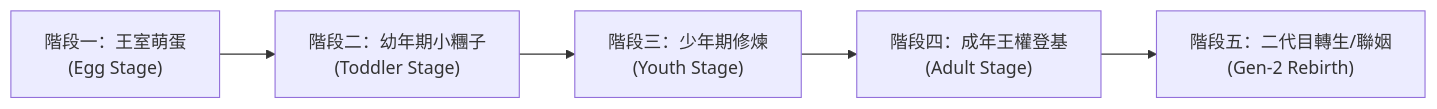
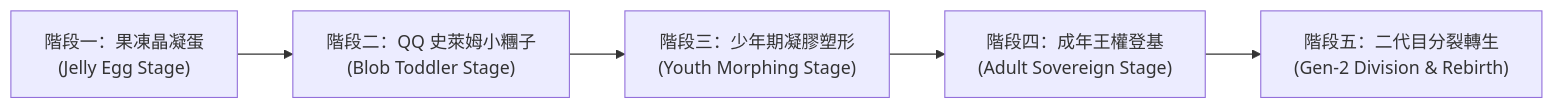
One commit to yazelin/larch-prince-hime changed the first of 2 diagrams in docs/01-game-concept.md. Above: the diagram before and after it, drawn with Mermaid. The commit also changed other lines of this file and 2 other files, not shown here.

````diff
--- a/docs/01-game-concept.md
+++ b/docs/01-game-concept.md
@@ -17,7 +17,7 @@
 ```mermaid
 flowchart LR
-    Egg["階段一：王室萌蛋<br/>(Egg Stage)"] --> Chibi["階段二：幼年期小糰子<br/>(Toddler Stage)"]
-    Chibi --> Teen["階段三：少年期修煉<br/>(Youth Stage)"]
-    Teen --> Adult["階段四：成年王權登基<br/>(Adult Stage)"]
-    Adult --> NextGen["階段五：二代目轉生/聯姻<br/>(Gen-2 Rebirth)"]
+    Egg["階段一：果凍晶凝蛋<br/>(Jelly Egg Stage)"] --> Chibi["階段二：QQ 史萊姆小糰子<br/>(Blob Toddler Stage)"]
+    Chibi --> Teen["階段三：少年期凝膠塑形<br/>(Youth Morphing Stage)"]
+    Teen --> Adult["階段四：成年王權登基<br/>(Adult Sovereign Stage)"]
+    Adult --> NextGen["階段五：二代目分裂轉生<br/>(Gen-2 Division & Rebirth)"]
 ```
````
